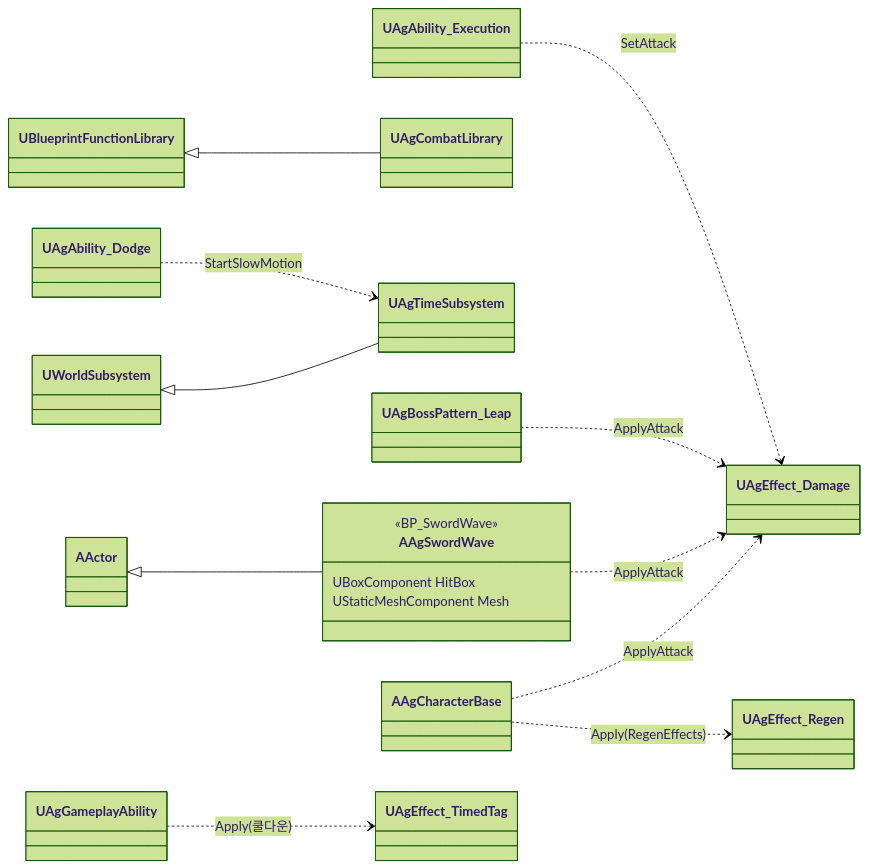
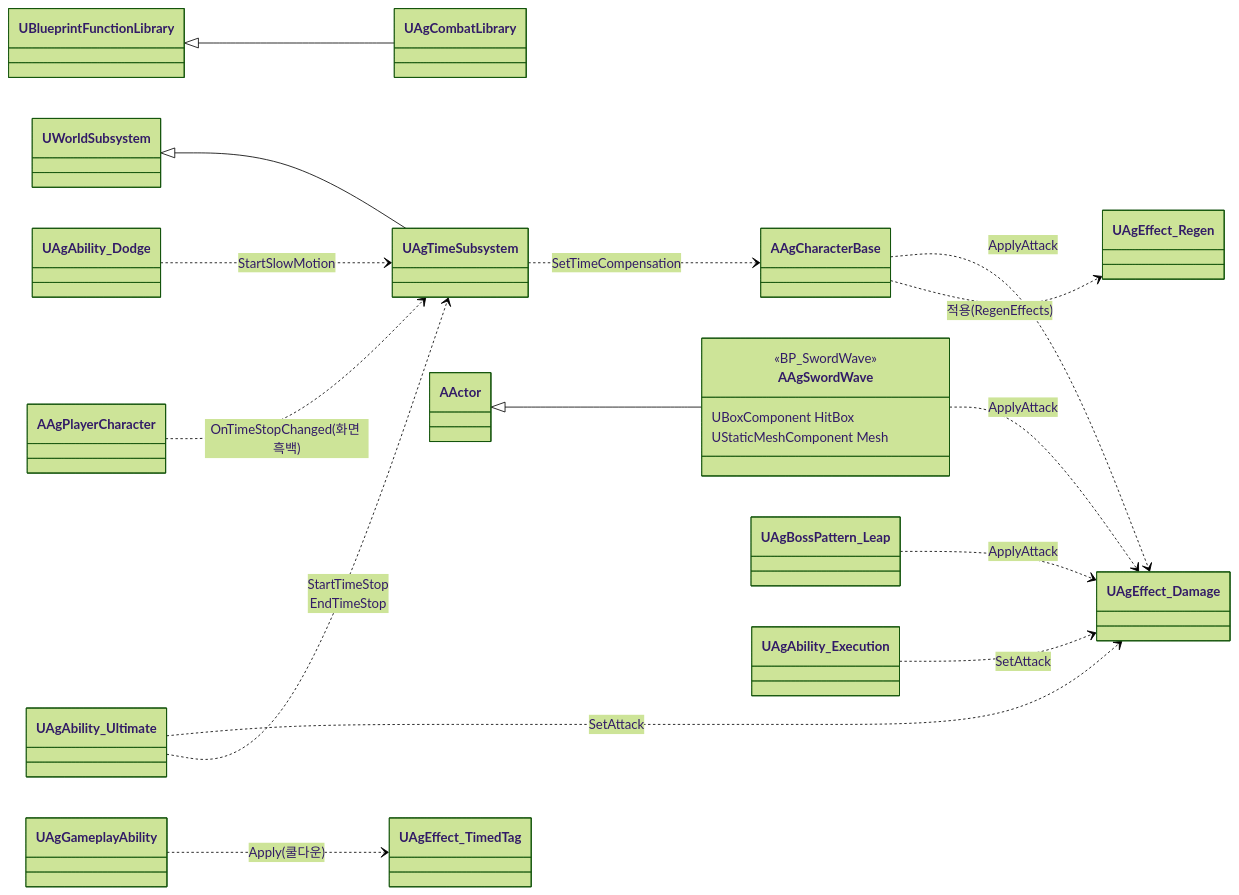
Before and after one commit to Woogl/Ag: the ninth of 21 diagrams in Docs/Program/클래스 구조도.md, drawn with Mermaid (forest theme). The commit also changed other lines of this file and 44 other files, not shown here.

````diff
--- a/Docs/Program/클래스 구조도.md
+++ b/Docs/Program/클래스 구조도.md
@@ -360,20 +364,24 @@
 ```mermaid
 classDiagram
     direction LR
     class AAgSwordWave {
         <<BP_SwordWave>>
         UBoxComponent HitBox
         UStaticMeshComponent Mesh
     }
     UBlueprintFunctionLibrary <|-- UAgCombatLibrary
     UWorldSubsystem <|-- UAgTimeSubsystem
     AActor <|-- AAgSwordWave
 
     AAgCharacterBase ..> UAgEffect_Damage : ApplyAttack
     AAgSwordWave ..> UAgEffect_Damage : ApplyAttack
     UAgBossPattern_Leap ..> UAgEffect_Damage : ApplyAttack
     UAgAbility_Execution ..> UAgEffect_Damage : SetAttack
-    AAgCharacterBase ..> UAgEffect_Regen : Apply(RegenEffects)
+    UAgAbility_Ultimate ..> UAgEffect_Damage : SetAttack
+    AAgCharacterBase ..> UAgEffect_Regen : 적용(RegenEffects)
     UAgGameplayAbility ..> UAgEffect_TimedTag : Apply(쿨다운)
     UAgAbility_Dodge ..> UAgTimeSubsystem : StartSlowMotion
+    UAgAbility_Ultimate ..> UAgTimeSubsystem : StartTimeStop<br>EndTimeStop
+    UAgTimeSubsystem ..> AAgCharacterBase : SetTimeCompensation
+    AAgPlayerCharacter ..> UAgTimeSubsystem : OnTimeStopChanged(화면 흑백)
 ```
````
